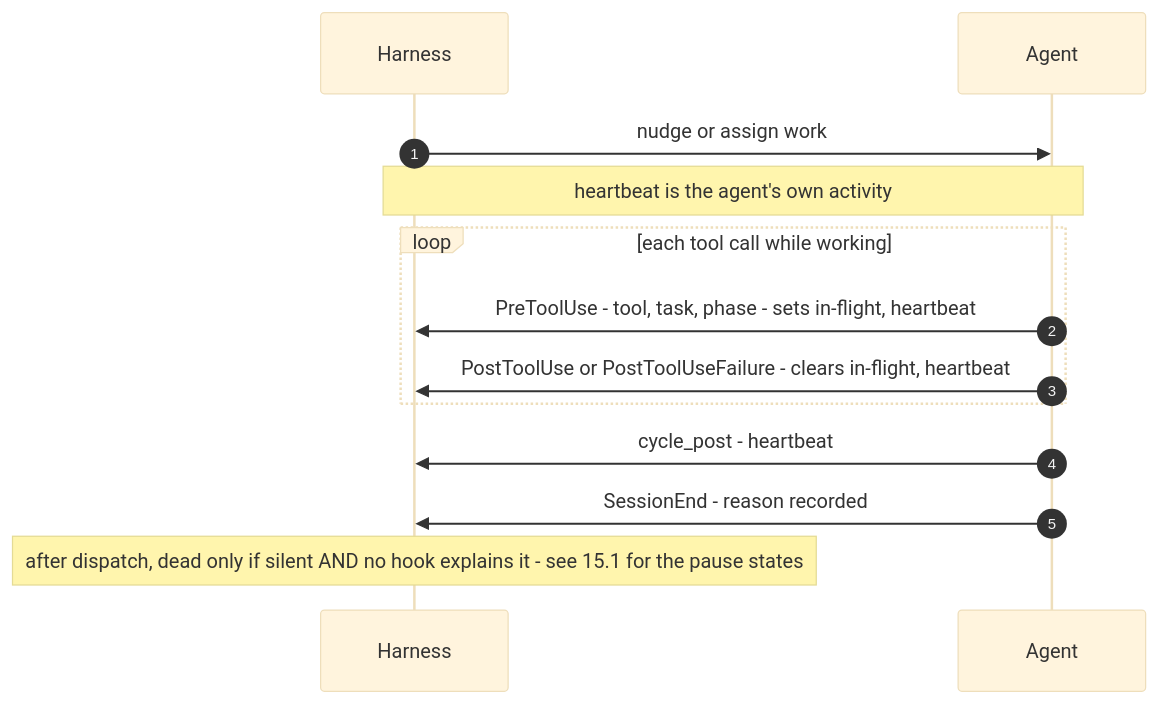
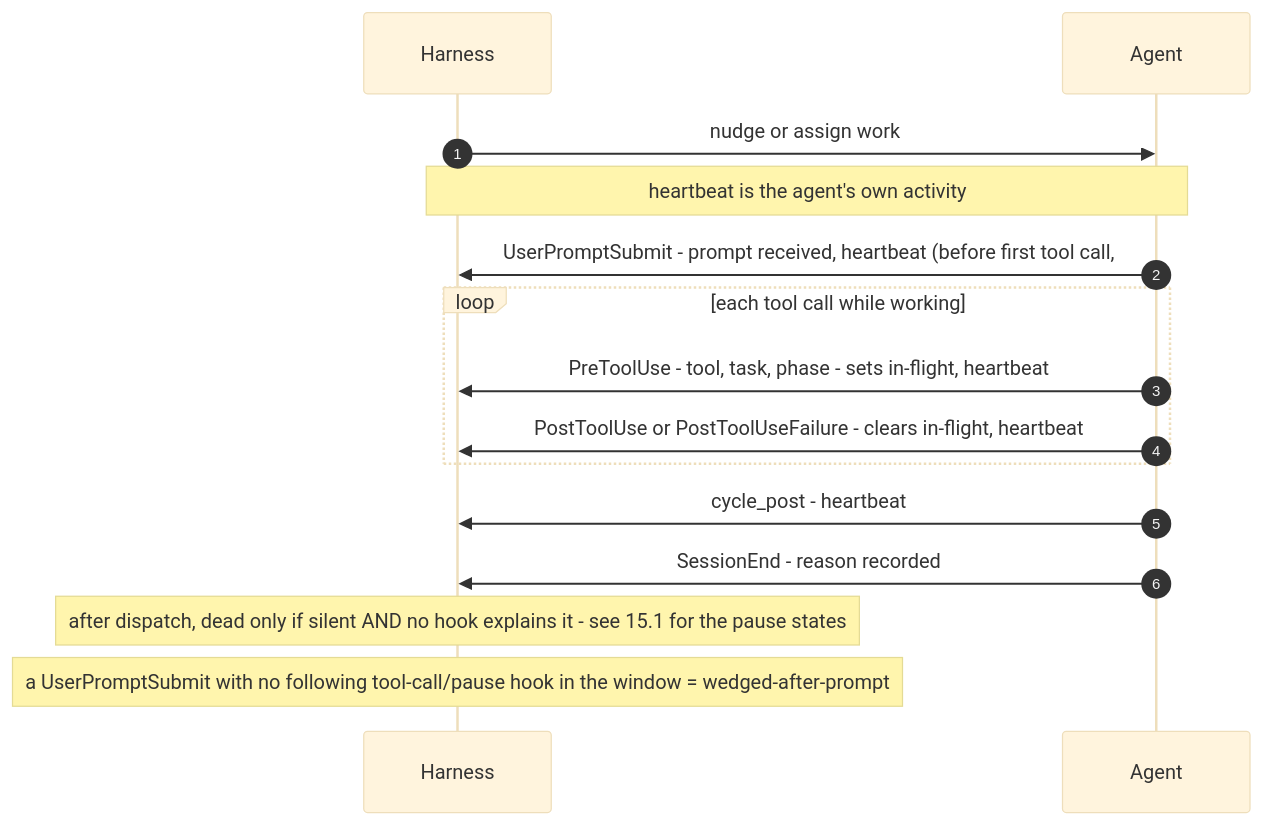
Before and after one commit to WallyDoodlez/SquidSquad: the third of 3 diagrams in docs/HARNESS-ARCH.md, drawn with Mermaid (base theme). The commit also changed other lines of this file and 6 other files, not shown here.

````diff
--- a/docs/HARNESS-ARCH.md
+++ b/docs/HARNESS-ARCH.md
@@ -620,16 +622,18 @@
 ```mermaid
 sequenceDiagram
     autonumber
     participant H as Harness
     participant A as Agent
 
     H->>A: nudge or assign work
     Note over H,A: heartbeat is the agent's own activity
+    A->>H: UserPromptSubmit - prompt received, heartbeat (before first tool call, #13213)
     loop each tool call while working
         A->>H: PreToolUse - tool, task, phase - sets in-flight, heartbeat
         A->>H: PostToolUse or PostToolUseFailure - clears in-flight, heartbeat
     end
     A->>H: cycle_post - heartbeat
     A->>H: SessionEnd - reason recorded
     Note over H: after dispatch, dead only if silent AND no hook explains it - see 15.1 for the pause states
+    Note over H: a UserPromptSubmit with no following tool-call/pause hook in the window = wedged-after-prompt
 ```
````
